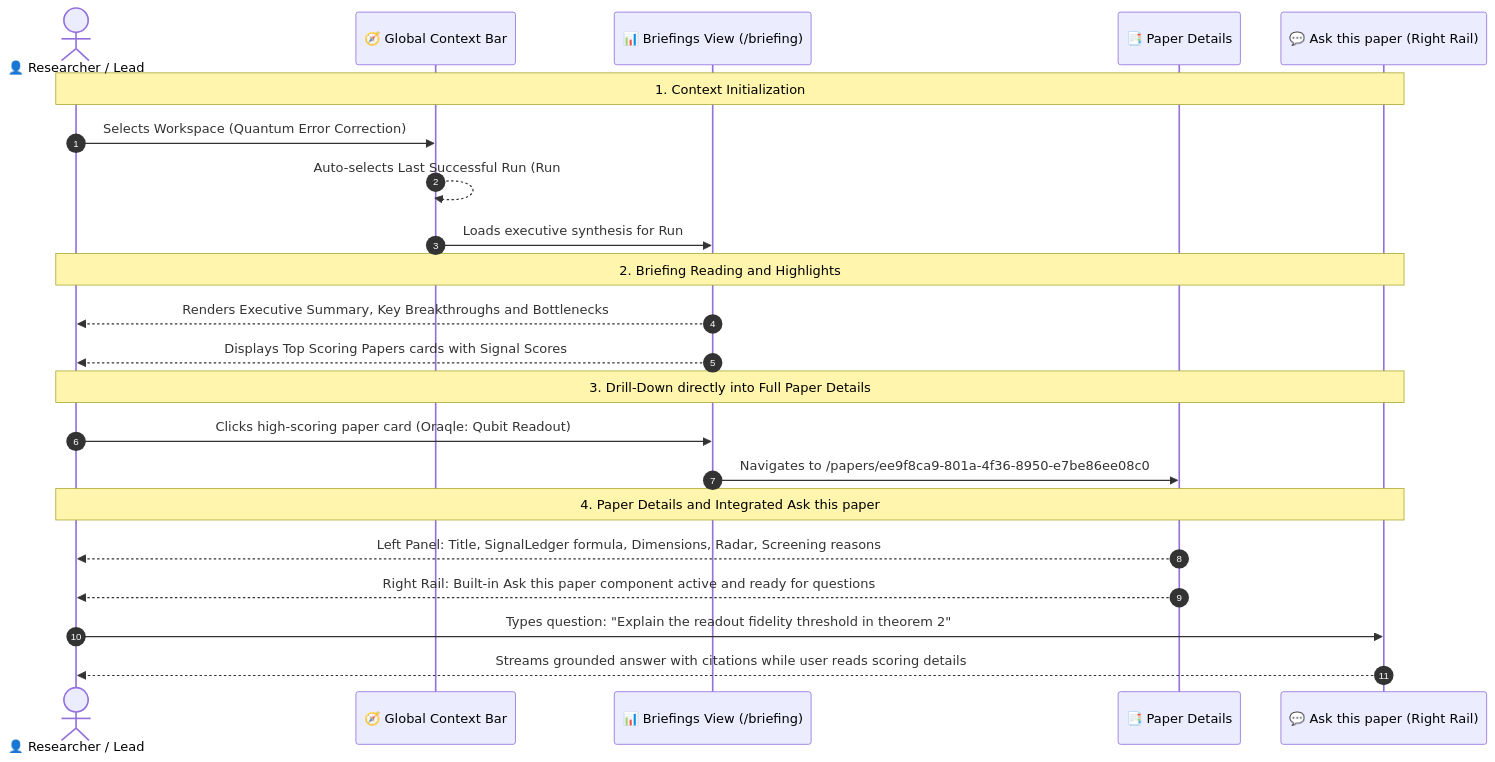
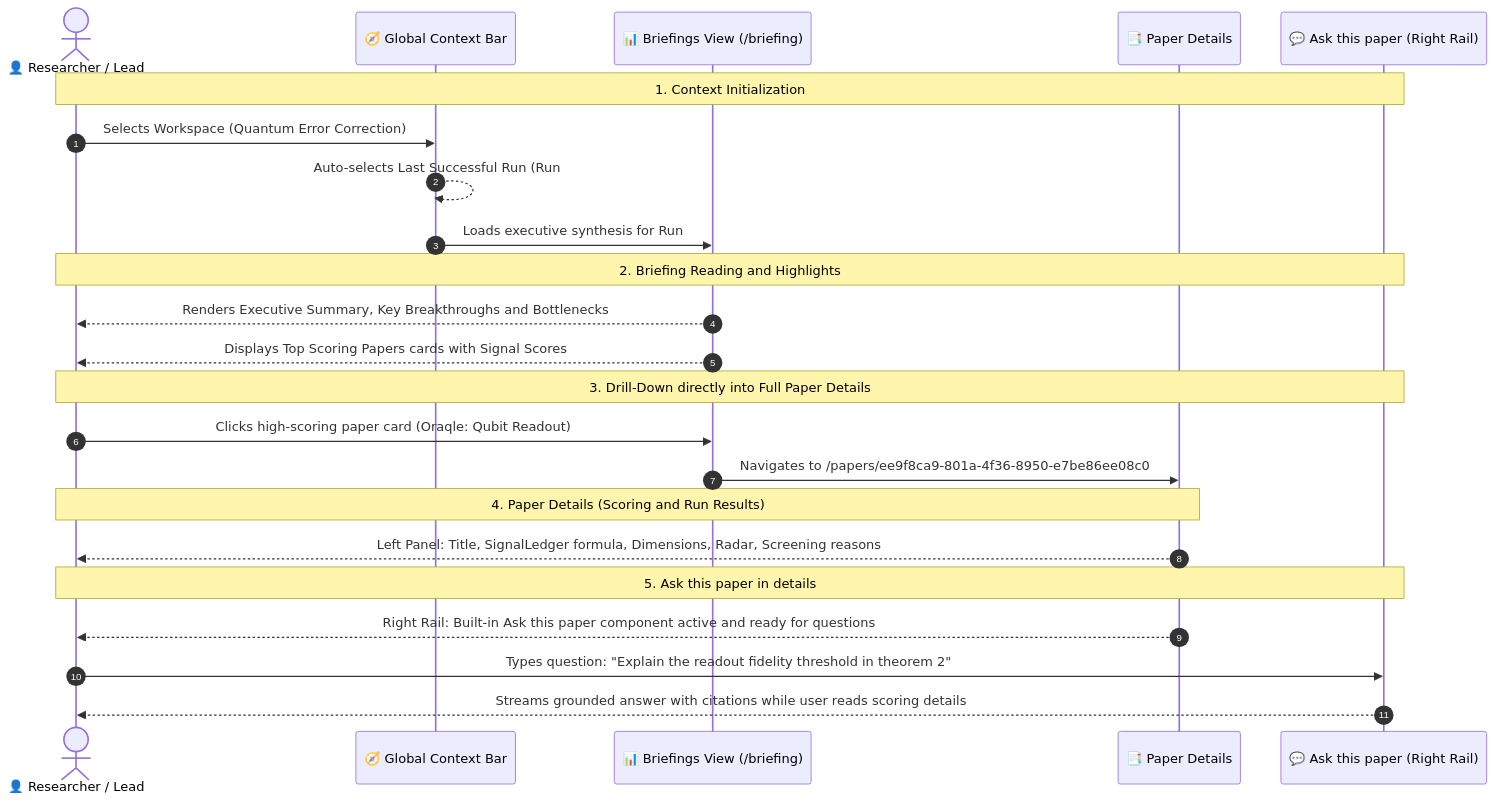
Before and after one commit to p4ku/research-intelligence: the first of 6 diagrams in docs/user_journeys/stage_2_user_journeys.md, drawn with Mermaid. The commit also changed other lines of this file, not shown here.

Commit message:
docs: split Paper Details and Ask this paper in details into separate notes in Diagram 3.2 and 4.2

````diff
--- a/docs/user_journeys/stage_2_user_journeys.md
+++ b/docs/user_journeys/stage_2_user_journeys.md
@@ -74,28 +74,30 @@
 ```mermaid
 sequenceDiagram
     autonumber
     actor User as 👤 Researcher / Lead
     participant TopBar as 🧭 Global Context Bar
     participant BriefingUI as 📊 Briefings View (/briefing)
     participant DetailsPage as 📑 Paper Details
     participant PaperChat as 💬 Ask this paper (Right Rail)
 
     Note over User,PaperChat: 1. Context Initialization
     User->>TopBar: Selects Workspace (Quantum Error Correction)
     TopBar-->>TopBar: Auto-selects Last Successful Run (Run #14)
     TopBar->>BriefingUI: Loads executive synthesis for Run #14
 
     Note over User,PaperChat: 2. Briefing Reading and Highlights
     BriefingUI-->>User: Renders Executive Summary, Key Breakthroughs and Bottlenecks
     BriefingUI-->>User: Displays Top Scoring Papers cards with Signal Scores
 
     Note over User,PaperChat: 3. Drill-Down directly into Full Paper Details
     User->>BriefingUI: Clicks high-scoring paper card (Oraqle: Qubit Readout)
     BriefingUI->>DetailsPage: Navigates to /papers/ee9f8ca9-801a-4f36-8950-e7be86ee08c0
 
-    Note over User,PaperChat: 4. Paper Details and Integrated Ask this paper
+    Note over User,DetailsPage: 4. Paper Details (Scoring and Run Results)
     DetailsPage-->>User: Left Panel: Title, SignalLedger formula, Dimensions, Radar, Screening reasons
+
+    Note over User,PaperChat: 5. Ask this paper in details
     DetailsPage-->>User: Right Rail: Built-in Ask this paper component active and ready for questions
     User->>PaperChat: Types question: "Explain the readout fidelity threshold in theorem 2"
     PaperChat-->>User: Streams grounded answer with citations while user reads scoring details
 ```
````
